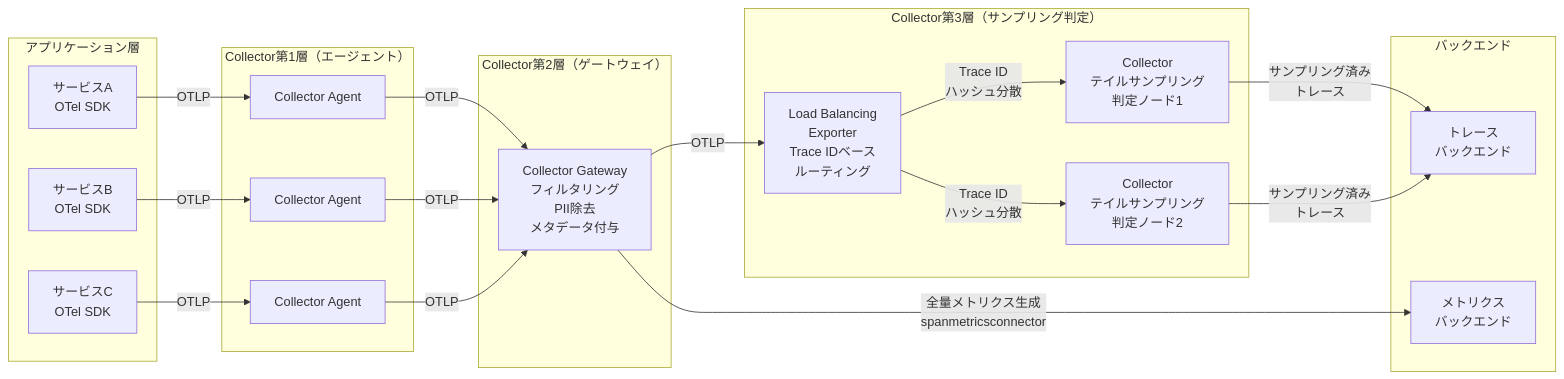
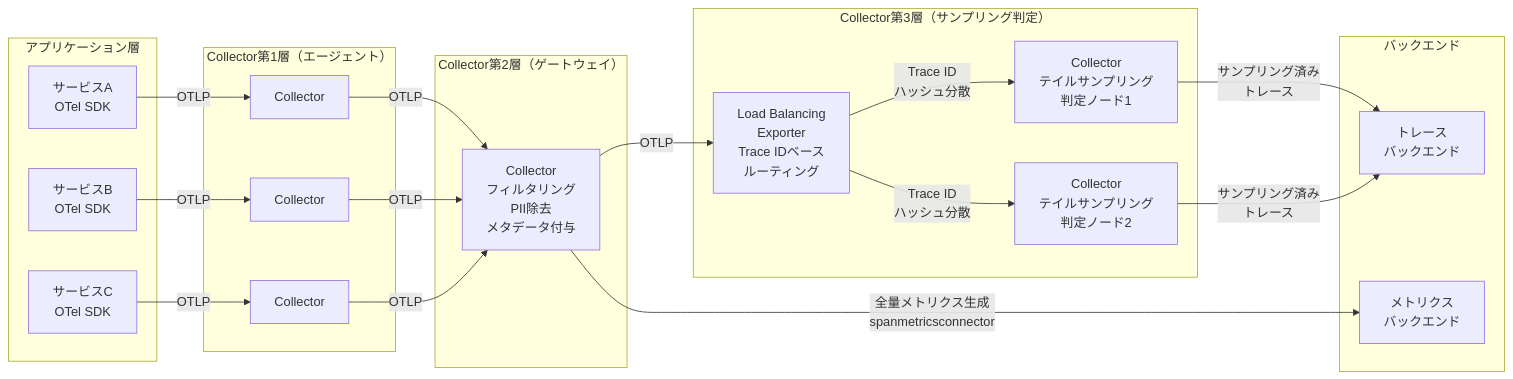
The diagram in books/telemetry-sampling/40-case_study.md (ymotongpoo/zenn.dev), drawn with Mermaid before and after one commit. The commit also changed other lines of this file, not shown here.

````diff
--- a/books/telemetry-sampling/40-case_study.md
+++ b/books/telemetry-sampling/40-case_study.md
@@ -15,46 +15,46 @@
 ```mermaid
 graph LR
     subgraph アプリケーション層
         App1[サービスA<br/>OTel SDK]
         App2[サービスB<br/>OTel SDK]
         App3[サービスC<br/>OTel SDK]
     end
 
     subgraph "Collector第1層（エージェント）"
-        Agent1[Collector Agent]
-        Agent2[Collector Agent]
-        Agent3[Collector Agent]
+        Agent1[Collector]
+        Agent2[Collector]
+        Agent3[Collector]
     end
 
     subgraph "Collector第2層（ゲートウェイ）"
-        GW[Collector Gateway<br/>フィルタリング<br/>PII除去<br/>メタデータ付与]
+        GW[Collector<br/>フィルタリング<br/>PII除去<br/>メタデータ付与]
     end
 
     subgraph "Collector第3層（サンプリング判定）"
         LB[Load Balancing<br/>Exporter<br/>Trace IDベース<br/>ルーティング]
         TS1[Collector<br/>テイルサンプリング<br/>判定ノード1]
         TS2[Collector<br/>テイルサンプリング<br/>判定ノード2]
     end
 
     subgraph バックエンド
         Traces[トレース<br/>バックエンド]
         Metrics[メトリクス<br/>バックエンド]
     end
 
     App1 -->|OTLP| Agent1
     App2 -->|OTLP| Agent2
     App3 -->|OTLP| Agent3
 
     Agent1 -->|OTLP| GW
     Agent2 -->|OTLP| GW
     Agent3 -->|OTLP| GW
 
     GW -->|全量メトリクス生成<br/>spanmetricsconnector| Metrics
     GW -->|OTLP| LB
 
     LB -->|Trace ID<br/>ハッシュ分散| TS1
     LB -->|Trace ID<br/>ハッシュ分散| TS2
 
     TS1 -->|サンプリング済み<br/>トレース| Traces
     TS2 -->|サンプリング済み<br/>トレース| Traces
 ```
````
